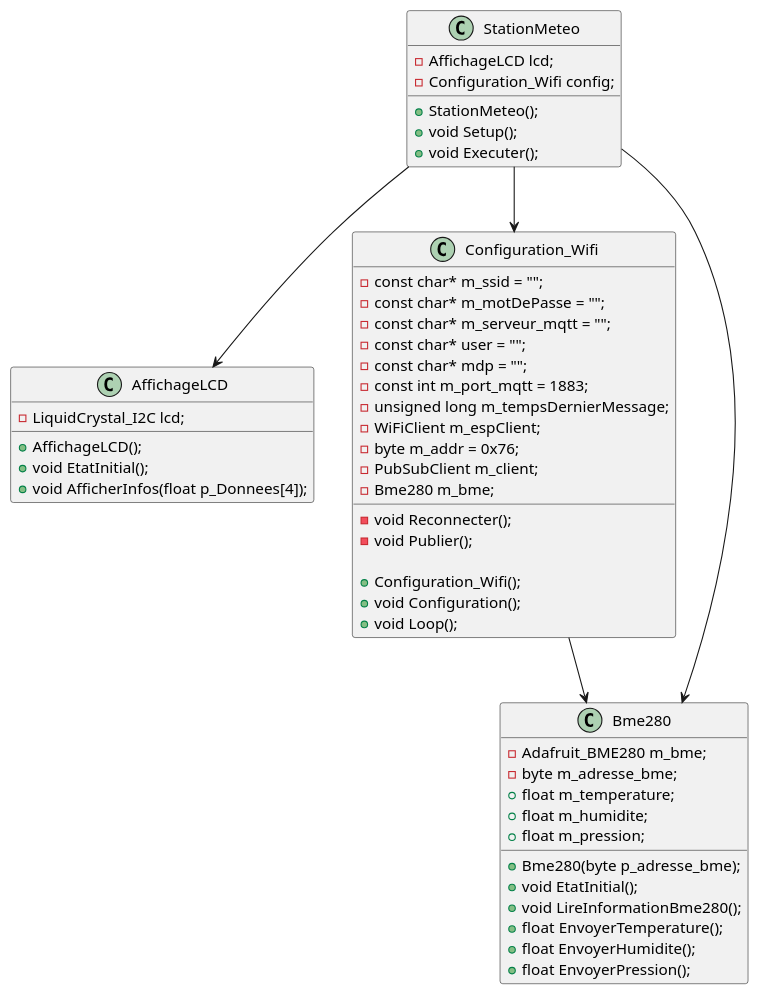
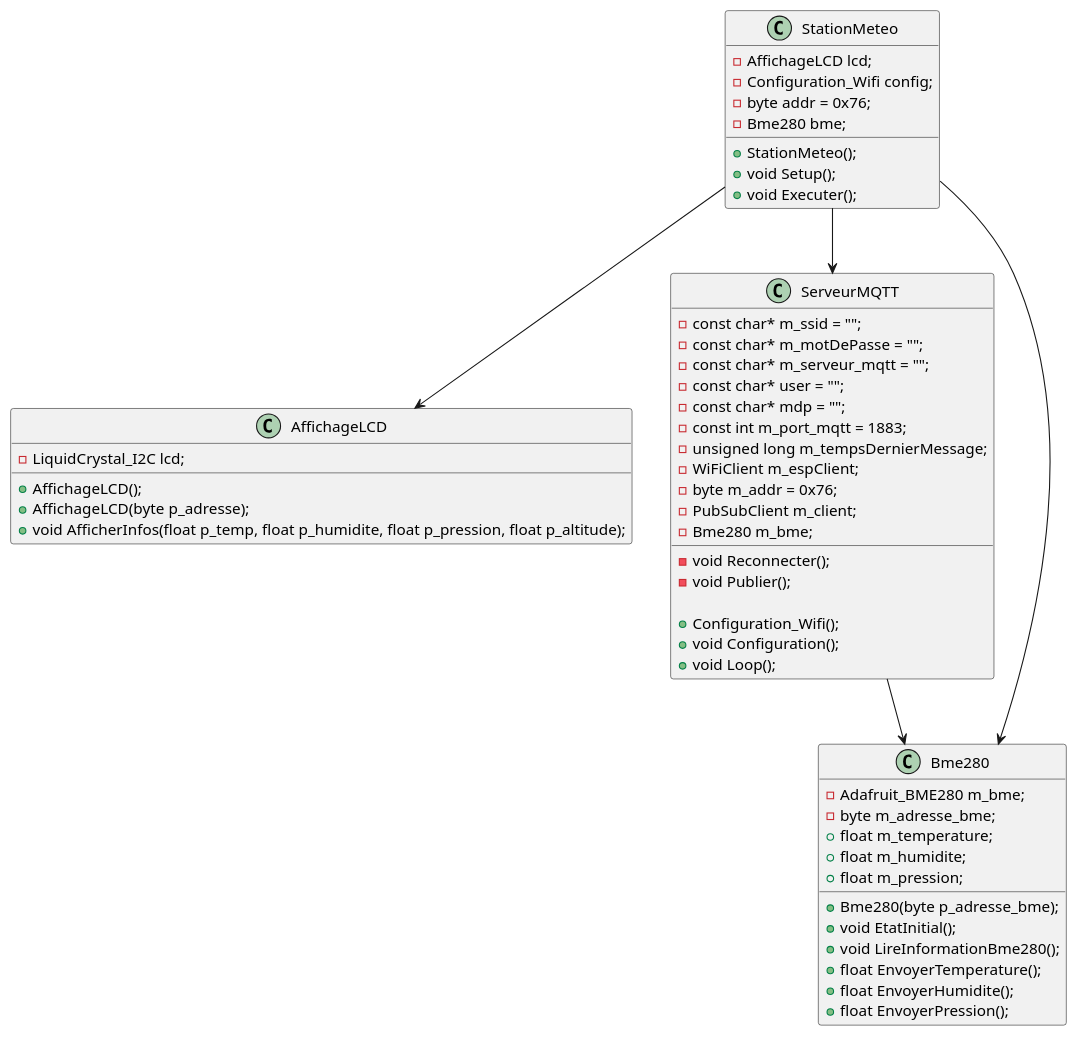
Before and after one commit to Keven44977/Station-Meteo-TP3: the diagram in DiagrammeDeClasse/DiagrammeStationMeteo.wsd, drawn with PlantUML. The commit also changed 4 other files, not shown here.

Commit message:
Ajout affichageLCD dans la station meteo

```diff
--- a/DiagrammeDeClasse/DiagrammeStationMeteo.wsd
+++ b/DiagrammeDeClasse/DiagrammeStationMeteo.wsd
@@ -1,59 +1,61 @@
 @startuml StationMeteo
 
 class StationMeteo {
     - AffichageLCD lcd;
     - Configuration_Wifi config;
+    - byte addr = 0x76;
+    - Bme280 bme;
 
     + StationMeteo();
     + void Setup();
     + void Executer();
 }
 
 class Bme280 {
     - Adafruit_BME280 m_bme;
     - byte m_adresse_bme;
     + float m_temperature;
     + float m_humidite;
     + float m_pression;
 
     + Bme280(byte p_adresse_bme);
     + void EtatInitial();
     + void LireInformationBme280();
     + float EnvoyerTemperature();
     + float EnvoyerHumidite();
     + float EnvoyerPression();
 }
 
 class AffichageLCD {
     - LiquidCrystal_I2C lcd;
 
     + AffichageLCD();
-    + void EtatInitial();
-    + void AfficherInfos(float p_Donnees[4]);
+    + AffichageLCD(byte p_adresse);
+    + void AfficherInfos(float p_temp, float p_humidite, float p_pression, float p_altitude);
 }
 
-class Configuration_Wifi {
+class ServeurMQTT {
     - const char* m_ssid = "";
 	- const char* m_motDePasse = "";
 	- const char* m_serveur_mqtt = "";
     - const char* user = "";
     - const char* mdp = "";
     - const int m_port_mqtt = 1883;
     - unsigned long m_tempsDernierMessage;
     - WiFiClient m_espClient;
     - byte m_addr = 0x76;
     - PubSubClient m_client;
     - Bme280 m_bme;
     - void Reconnecter();
     - void Publier();
 
     + Configuration_Wifi();
     + void Configuration();
     + void Loop();
 }
 
-Configuration_Wifi --> Bme280
-StationMeteo --> Configuration_Wifi
+ServeurMQTT --> Bme280
+StationMeteo --> ServeurMQTT
 StationMeteo --> AffichageLCD
 Bme280 <-- StationMeteo
 @enduml
```
